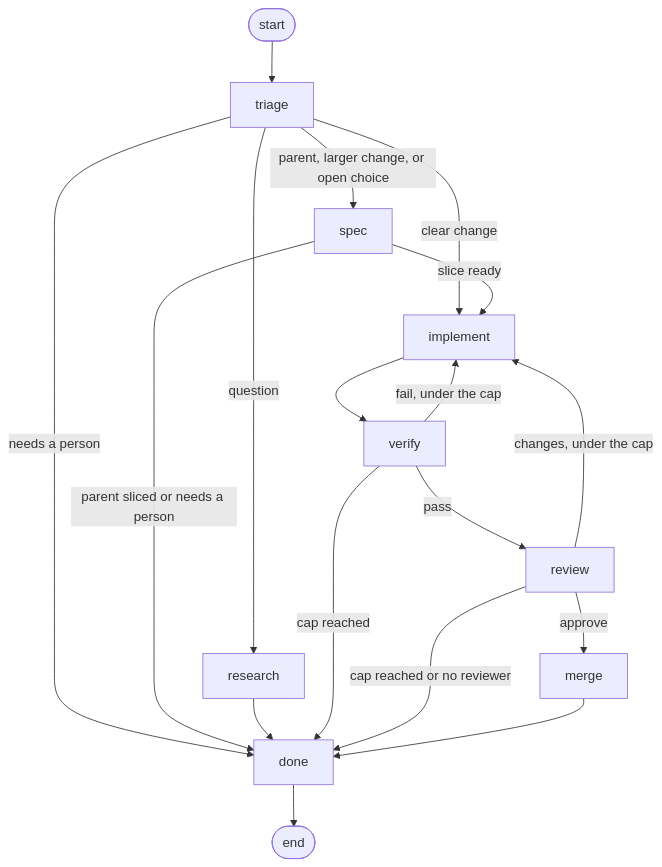
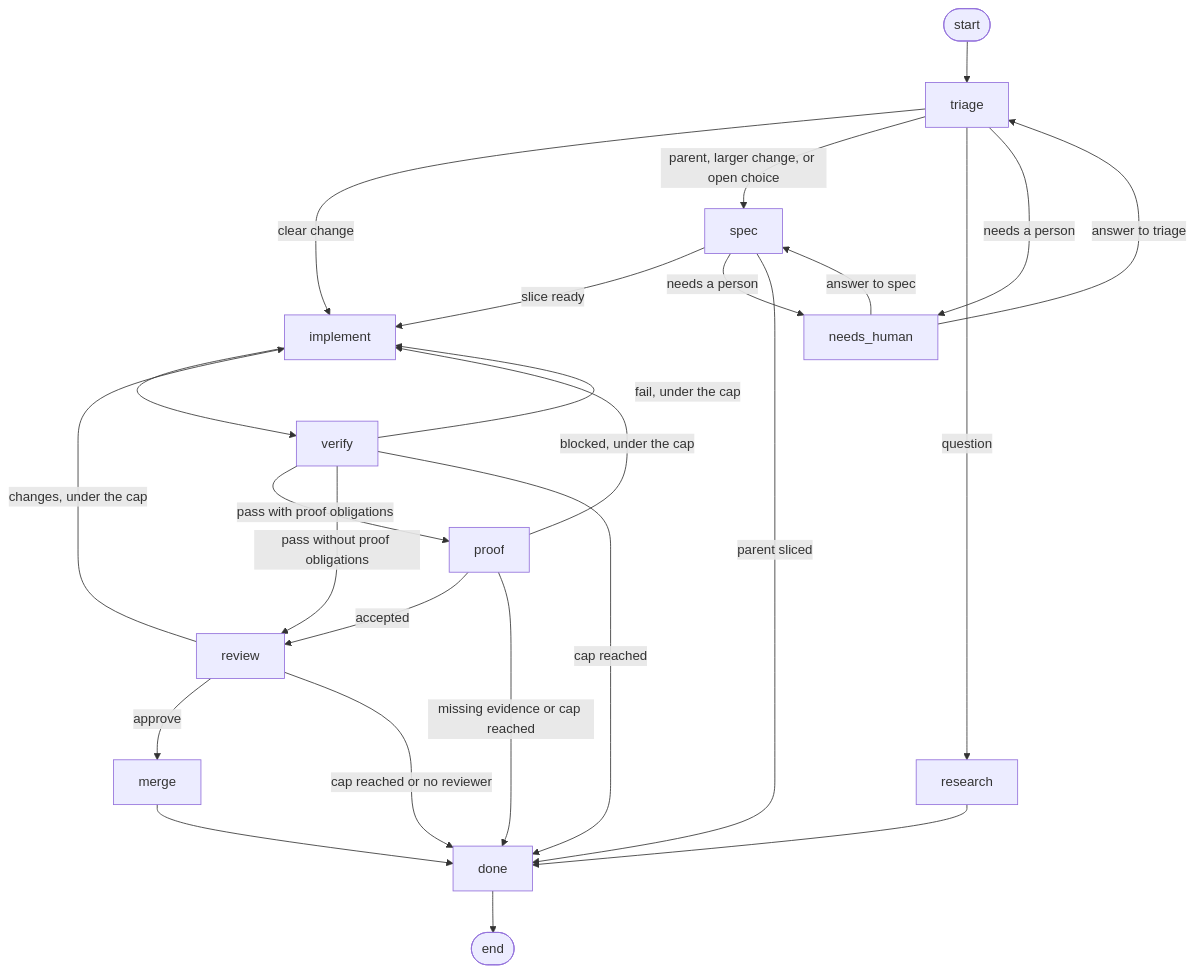
Before and after one commit to bookout-labs/tools: the diagram in README.md, drawn with Mermaid. The commit also changed other lines of this file and 7 other files, not shown here.

````diff
--- a/README.md
+++ b/README.md
@@ -9,20 +9,27 @@
 ```mermaid
 flowchart TD
   __start__([start]) --> triage
   triage -->|clear change| implement
   triage -->|parent, larger change, or open choice| spec
   triage -->|question| research
-  triage -->|needs a person| done
+  triage -->|needs a person| needs_human
+  needs_human -->|answer to triage| triage
+  needs_human -->|answer to spec| spec
   spec -->|slice ready| implement
-  spec -->|parent sliced or needs a person| done
+  spec -->|needs a person| needs_human
+  spec -->|parent sliced| done
   research --> done
   implement --> verify
-  verify -->|pass| review
+  verify -->|pass with proof obligations| proof
+  verify -->|pass without proof obligations| review
+  proof -->|accepted| review
+  proof -->|blocked, under the cap| implement
+  proof -->|missing evidence or cap reached| done
   verify -->|fail, under the cap| implement
   verify -->|cap reached| done
   review -->|approve| merge
   review -->|changes, under the cap| implement
   review -->|cap reached or no reviewer| done
   merge --> done
   done --> __end__([end])
 ```
````
